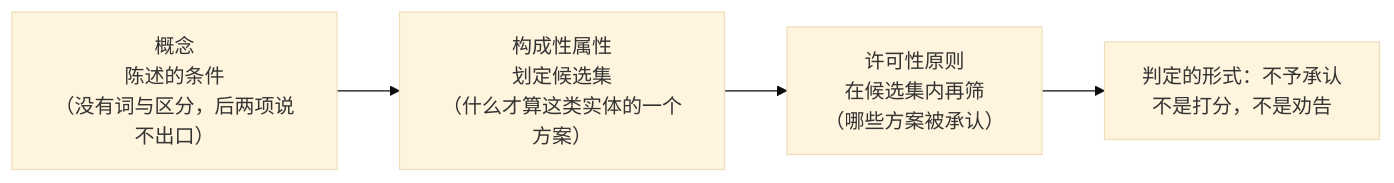
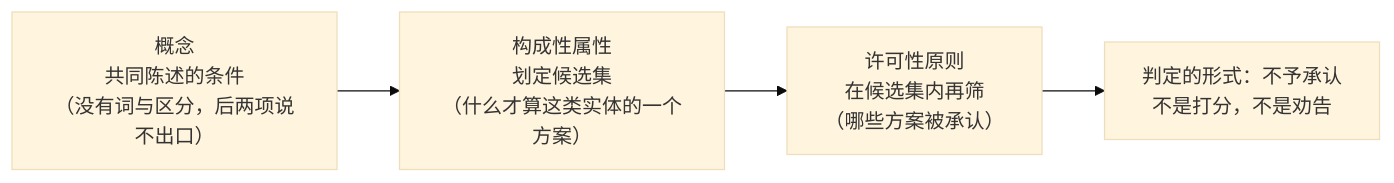
Before and after one commit to Yongjunzhou/business-Engineering: the third of 7 diagrams in 10-系统工程研究/00-系统工程相关研究报告/42-架构研究报告-从定义句与目的到三张清单治理与视图.md, drawn with Mermaid (base theme). The commit also changed other lines of this file, not shown here.

Commit message:
[AI] 报告42 v3.3：术语按库内定名回修（管控原则/生存周期/信息部件/词位三分），§5.4 改为「共同陈述的条件」，六例与计数订正

````diff
--- a/10-系统工程研究/00-系统工程相关研究报告/42-架构研究报告-从定义句与目的到三张清单治理与视图.md
+++ b/10-系统工程研究/00-系统工程相关研究报告/42-架构研究报告-从定义句与目的到三张清单治理与视图.md
@@ -567,5 +567,5 @@
 ```mermaid
 flowchart LR
-  C["概念<br/>陈述的条件<br/>（没有词与区分，后两项说不出口）"] --> P["构成性属性<br/>划定候选集<br/>（什么才算这类实体的一个方案）"] --> R["许可性原则<br/>在候选集内再筛<br/>（哪些方案被承认）"]
+  C["概念<br/>共同陈述的条件<br/>（没有词与区分，后两项说不出口）"] --> P["构成性属性<br/>划定候选集<br/>（什么才算这类实体的一个方案）"] --> R["许可性原则<br/>在候选集内再筛<br/>（哪些方案被承认）"]
   R --> G["判定的形式：不予承认<br/>不是打分，不是劝告"]
 ```
````
